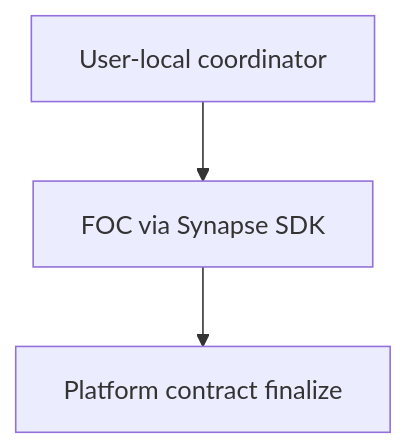
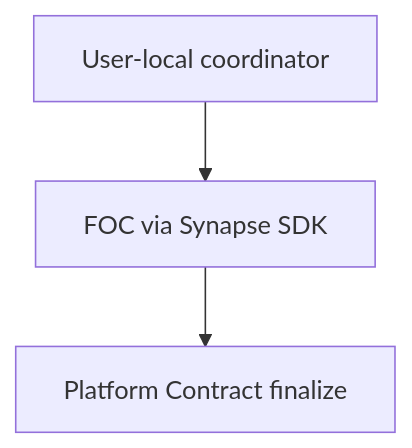
One commit to FIL-Builders/foc-platform changed diagram 11 of 20 in spec.md. Above: the diagram before and after it, drawn with Mermaid. The commit also changed other lines of this file, not shown here.

Commit message:
Polish platform stack specification

````diff
--- a/spec.md
+++ b/spec.md
@@ -1016,9 +1029,9 @@
 ```mermaid
 flowchart TD
   coordinator["User-local coordinator"]
   foc["FOC via Synapse SDK"]
-  finalize["Platform contract finalize"]
+  finalize["Platform Contract finalize"]
 
   coordinator --> foc
   foc --> finalize
 ```
````
